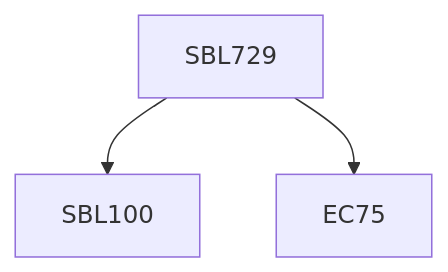
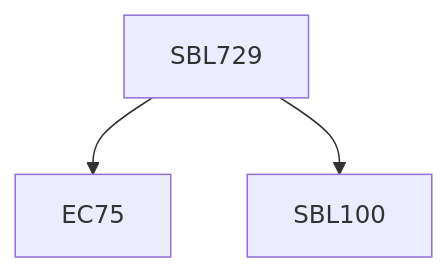
The diagram in content/Biological Sciences/SBL729.md (KeshavBansal0122/CoS_Website), drawn with Mermaid before and after one commit. The commit also changed other lines of this file and 2662 other files, not shown here.

````diff
--- a/content/Biological Sciences/SBL729.md
+++ b/content/Biological Sciences/SBL729.md
@@ -13,9 +13,9 @@
 ```mermaid
 flowchart TD
 SBL729-1543[SBL729]
+SBL729-1543 --> EC75-1543[EC75]
 SBL729-1543 --> SBL100-1543[SBL100]
-SBL729-1543 --> EC75-1543[EC75]
 
 classDef empty height:17px, fill:transparent, stroke:transparent;
 classDef trueEmpty height:0px, width:0px;
 ```
````
